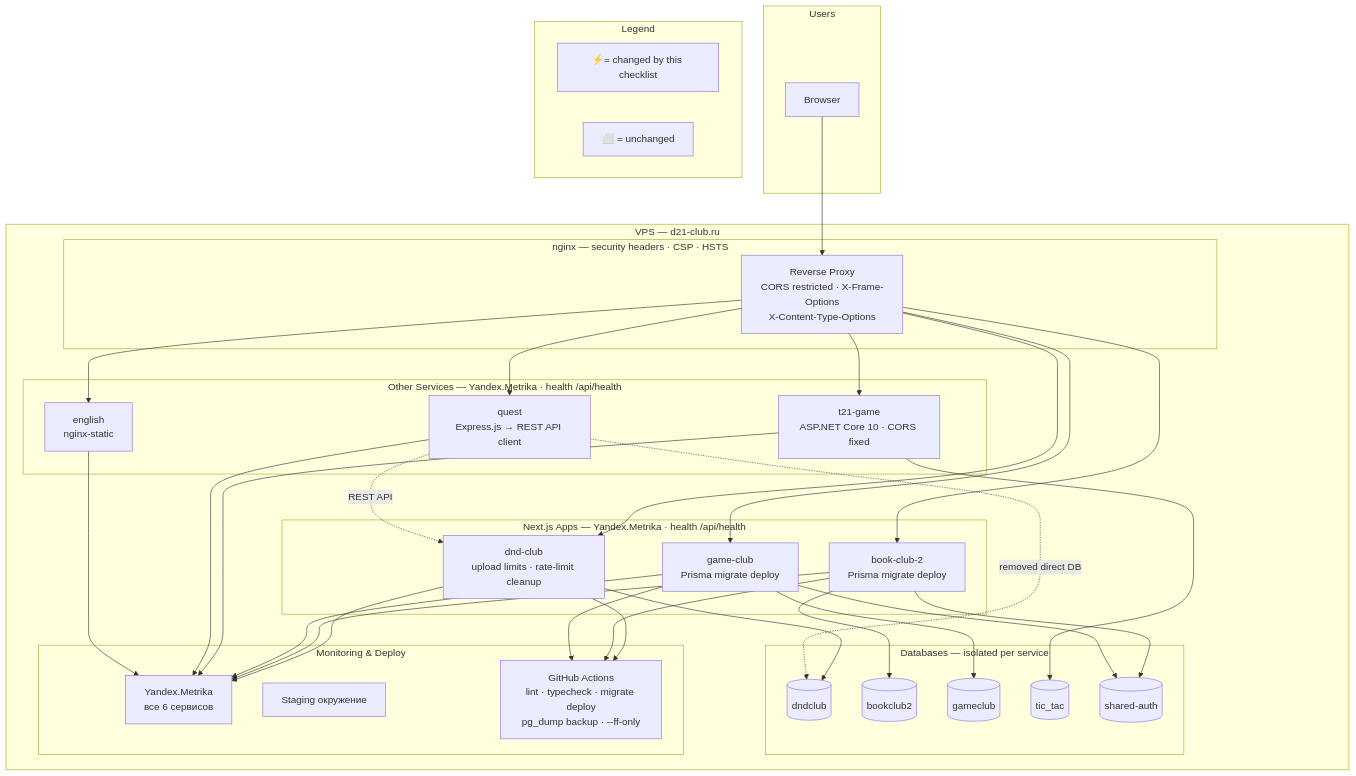
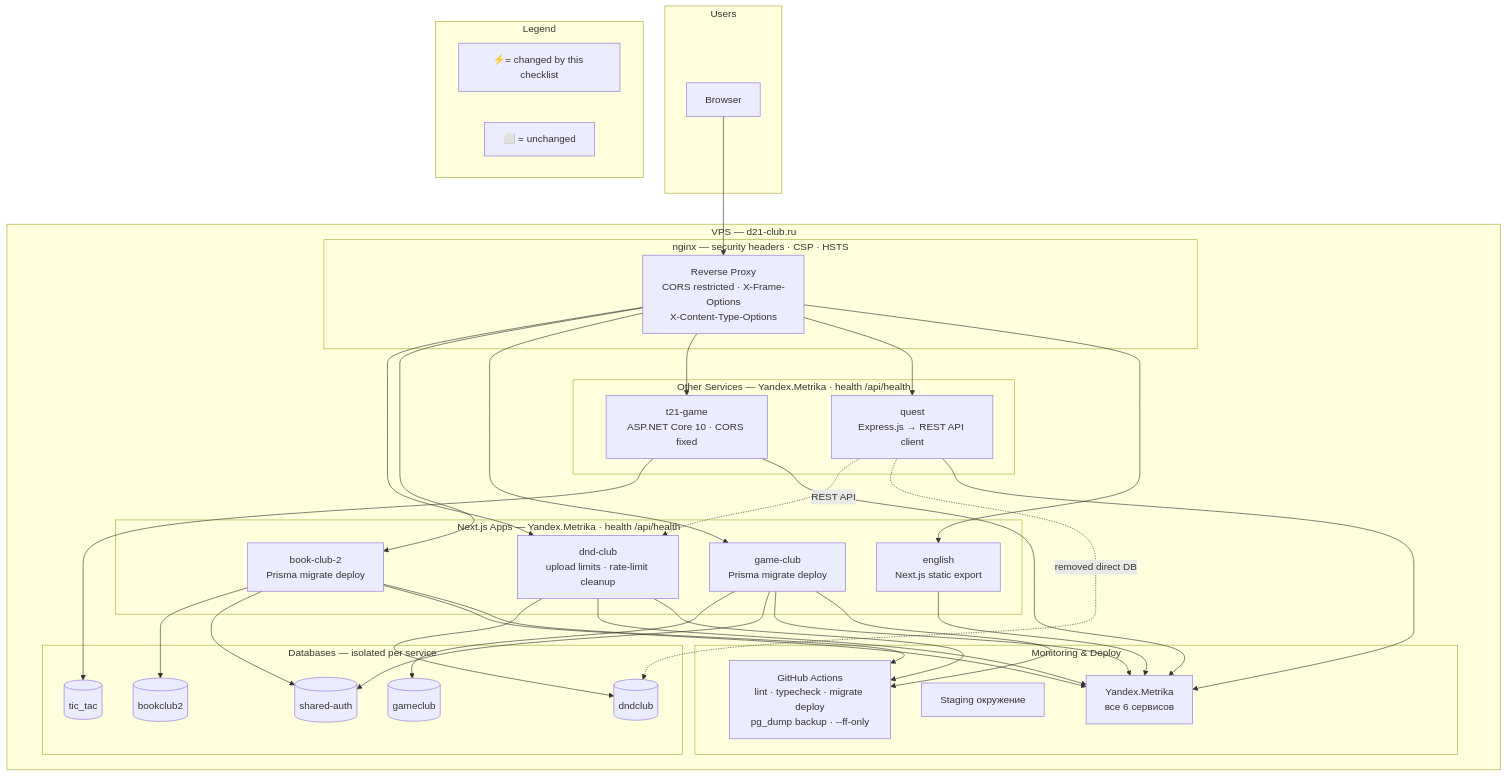
Before and after one commit to perryshe/dnd-club: the diagram in checklist.md, drawn with Mermaid. The commit also changed other lines of this file and 1 other file, not shown here.

Commit message:
audit: update checklists — english is now Next.js (not nginx-static)

````diff
--- a/checklist.md
+++ b/checklist.md
@@ -101,73 +102,73 @@
 ```mermaid
 graph TB
     subgraph "Users"
         U[Browser]
     end
 
     subgraph "VPS — d21-club.ru"
         subgraph "nginx — security headers · CSP · HSTS"
             N[Reverse Proxy<br/>CORS restricted · X-Frame-Options<br/>X-Content-Type-Options]
         end
 
         subgraph "Next.js Apps — Yandex.Metrika · health /api/health"
             DC[dnd-club<br/>upload limits · rate-limit cleanup]
             BC[book-club-2<br/>Prisma migrate deploy]
             GC[game-club<br/>Prisma migrate deploy]
+            EN[english<br/>Next.js static export]
         end
 
         subgraph "Other Services — Yandex.Metrika · health /api/health"
             T21[t21-game<br/>ASP.NET Core 10 · CORS fixed]
             Q[quest<br/>Express.js → REST API client]
-            EN[english<br/>nginx-static]
         end
 
         subgraph "Databases — isolated per service"
             PG1[(dndclub)]
             PG2[(bookclub2)]
             PG3[(gameclub)]
             PG4[(tic_tac)]
             PG5[(shared-auth)]
         end
 
         subgraph "Monitoring & Deploy"
             YM[Yandex.Metrika<br/>все 6 сервисов]
             STG[Staging окружение]
             CI[GitHub Actions<br/>lint · typecheck · migrate deploy<br/>pg_dump backup · --ff-only]
         end
     end
 
     U --> N
 
     N --> DC
     N --> BC
     N --> GC
     N --> T21
     N --> Q
     N --> EN
 
     DC --> PG1
     BC --> PG2
     BC --> PG5
     GC --> PG3
     GC --> PG5
     T21 --> PG4
 
     Q -.->|REST API| DC
     Q -.->|removed direct DB| PG1
 
     DC --> YM
     BC --> YM
     GC --> YM
     T21 --> YM
     Q --> YM
     EN --> YM
 
     DC --> CI
     BC --> CI
     GC --> CI
 
     subgraph "Legend"
         L1[⚡= changed by this checklist]
         L2[⬜ = unchanged]
     end
 ```
````
